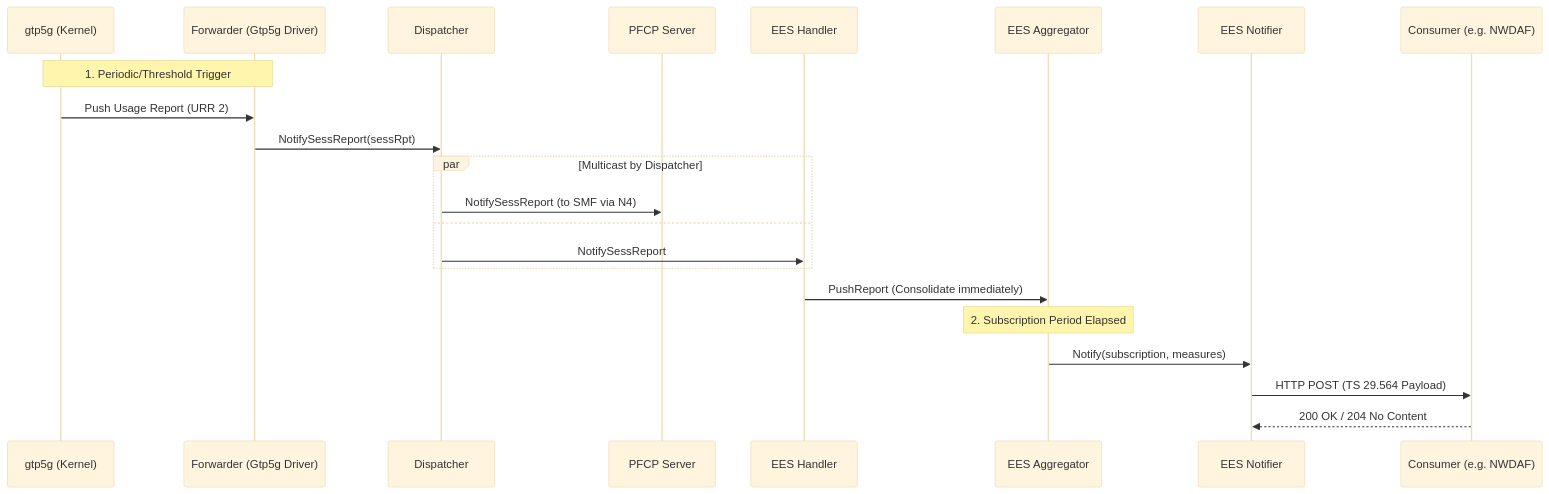
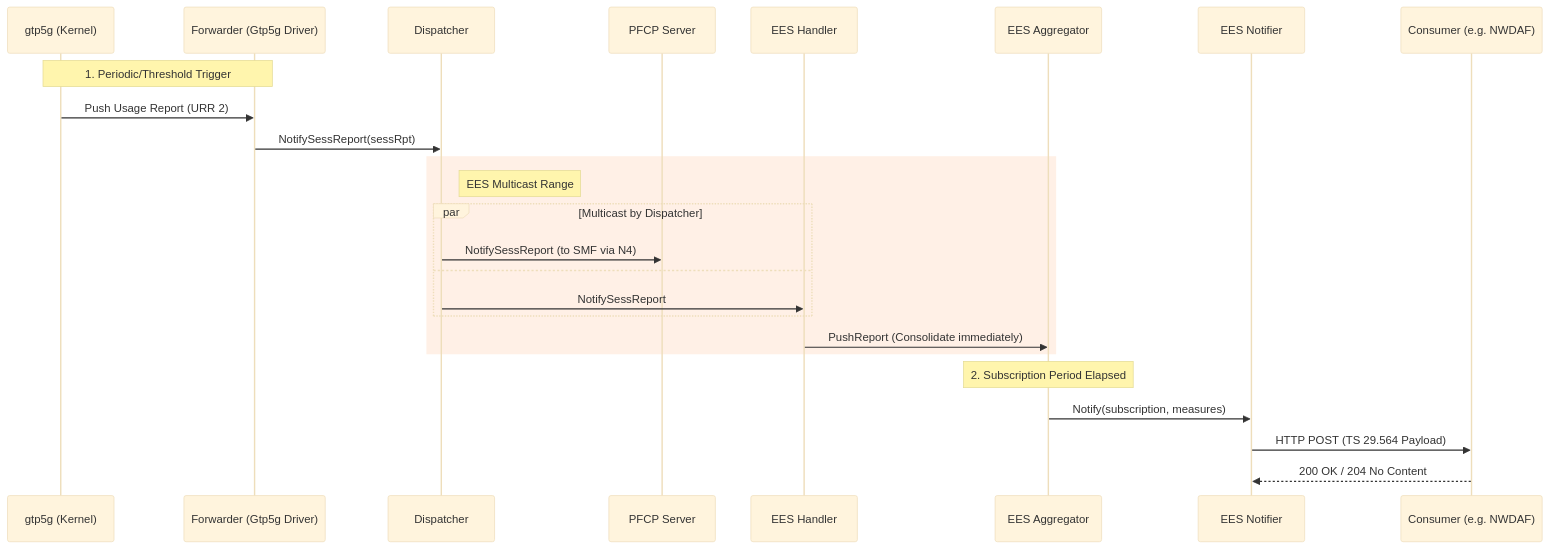
One commit to Intelligent-Systems-Lab/go-upf changed the second of 2 diagrams in README.md. Above: the diagram before and after it, drawn with Mermaid (base theme). The commit also changed other lines of this file, not shown here.

Commit message:
docs: fix Mermaid syntax and ensure correct color highlighting for EES components

````diff
--- a/README.md
+++ b/README.md
@@ -68,28 +68,31 @@
 ```mermaid
 sequenceDiagram
     participant K as gtp5g (Kernel)
     participant F as Forwarder (Gtp5g Driver)
-    participant D as Dispatcher #f96
+    participant D as Dispatcher #orange
     participant P as PFCP Server
-    participant H as EES Handler #f96
-    participant A as EES Aggregator #f96
-    participant N as EES Notifier #f96
+    participant H as EES Handler #orange
+    participant A as EES Aggregator #orange
+    participant N as EES Notifier #orange
     participant C as Consumer (e.g. NWDAF)
 
     Note over K, F: 1. Periodic/Threshold Trigger
     K->>F: Push Usage Report (URR 2)
     F->>D: NotifySessReport(sessRpt)
-
+    
+    rect rgb(255, 240, 230)
+    Note right of D: EES Multicast Range
     par Multicast by Dispatcher
         D->>P: NotifySessReport (to SMF via N4)
     and
         D->>H: NotifySessReport
     end
 
     H->>A: PushReport (Consolidate immediately)
-
+    end
+    
     Note over A: 2. Subscription Period Elapsed
     A->>N: Notify(subscription, measures)
     N->>C: HTTP POST (TS 29.564 Payload)
     C-->>N: 200 OK / 204 No Content
 ```
````
